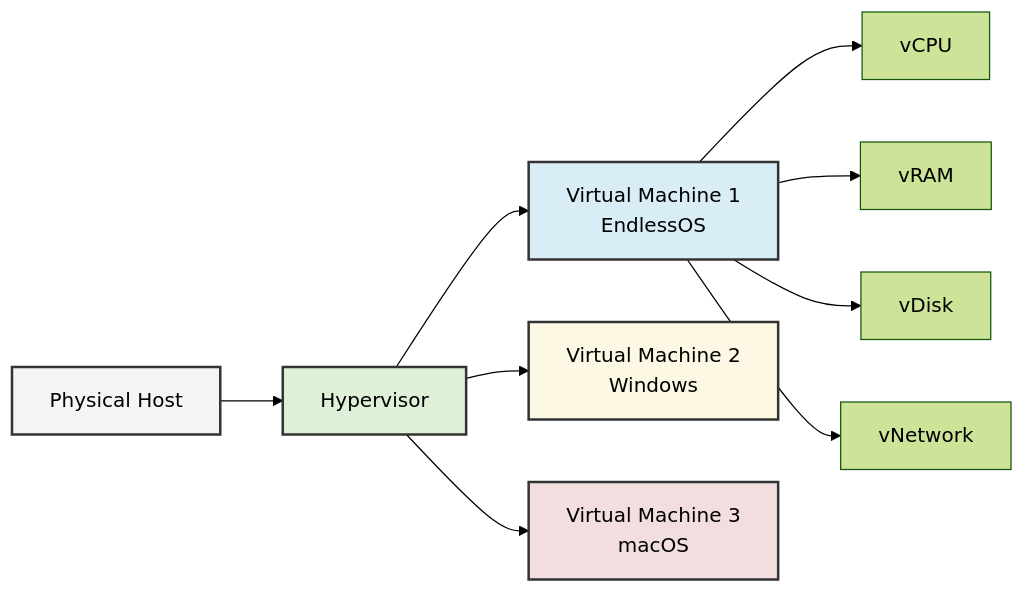
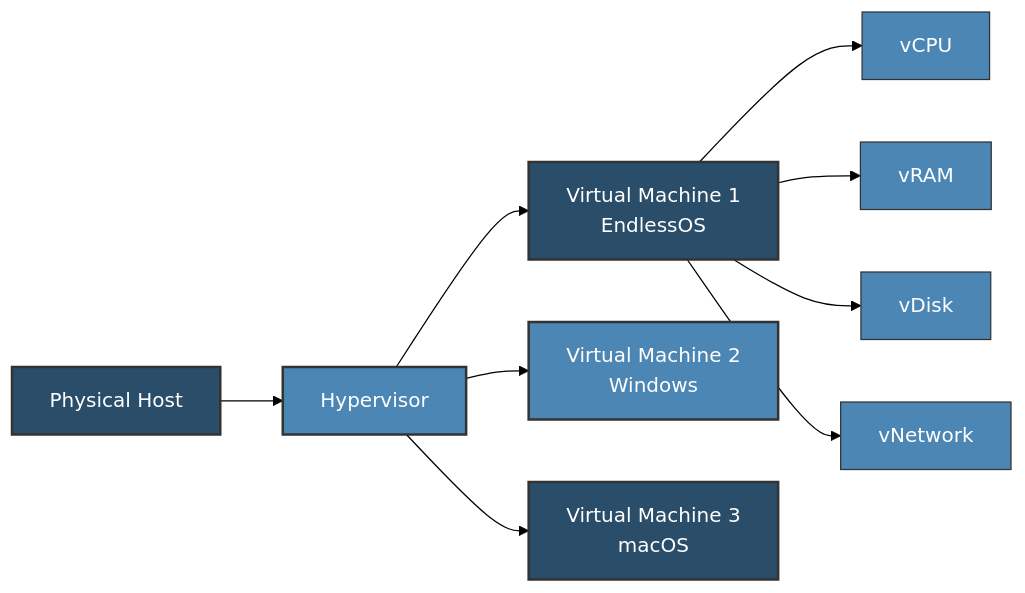
One commit to Ananya-Addisu/Endless-OS changed the sixth of 9 diagrams in README.md. Above: the diagram before and after it, drawn with Mermaid (forest theme). The commit also changed other lines of this file, not shown here.

````diff
--- a/README.md
+++ b/README.md
@@ -332,18 +355,22 @@
 ```mermaid
 graph LR
     A[Physical Host] --> B[Hypervisor]
     B --> C[Virtual Machine 1<br>EndlessOS]
     B --> D[Virtual Machine 2<br>Windows]
     B --> E[Virtual Machine 3<br>macOS]
     
     C --> F[vCPU]
     C --> G[vRAM]
     C --> H[vDisk]
     C --> I[vNetwork]
     
-    style A fill:#f5f5f5,stroke:#333,stroke-width:2px
-    style B fill:#dff0d8,stroke:#333,stroke-width:2px
-    style C fill:#d9edf7,stroke:#333,stroke-width:2px
-    style D fill:#fcf8e3,stroke:#333,stroke-width:2px
-    style E fill:#f2dede,stroke:#333,stroke-width:2px
+    style A fill:#2A4D69,stroke:#333,stroke-width:2px,color:#ffffff
+    style B fill:#4B86B4,stroke:#333,stroke-width:2px,color:#ffffff
+    style C fill:#2A4D69,stroke:#333,stroke-width:2px,color:#ffffff
+    style D fill:#4B86B4,stroke:#333,stroke-width:2px,color:#ffffff
+    style E fill:#2A4D69,stroke:#333,stroke-width:2px,color:#ffffff
+    style F fill:#4B86B4,stroke:#333,stroke-width:1px,color:#ffffff
+    style G fill:#4B86B4,stroke:#333,stroke-width:1px,color:#ffffff
+    style H fill:#4B86B4,stroke:#333,stroke-width:1px,color:#ffffff
+    style I fill:#4B86B4,stroke:#333,stroke-width:1px,color:#ffffff
 ```
````
